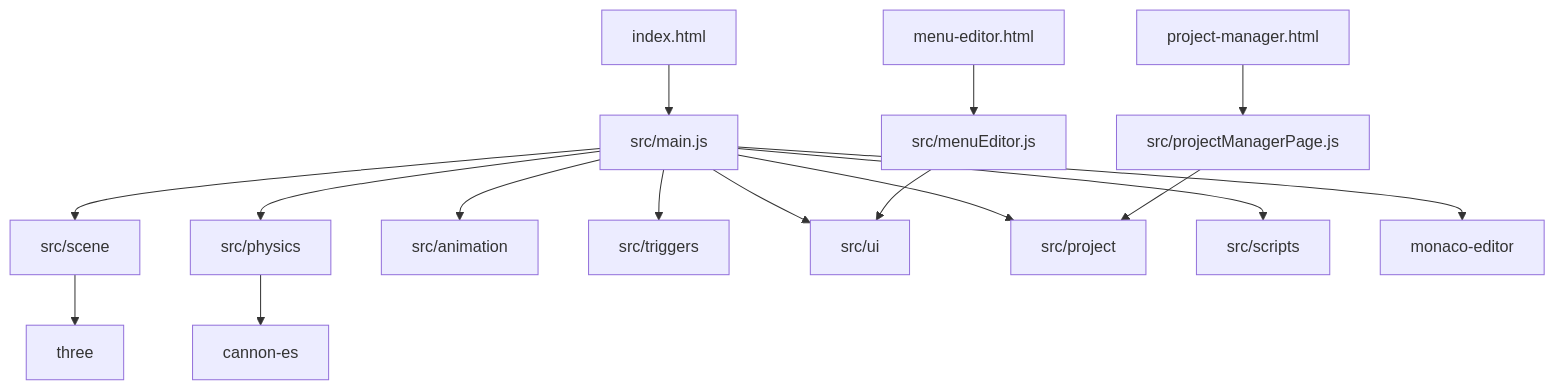
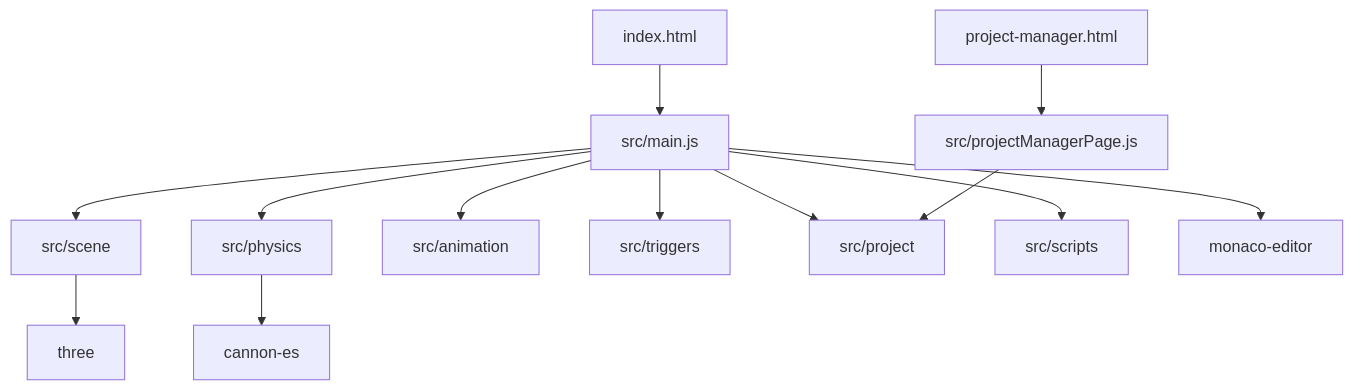
Before and after one commit to XalebXEn99/3ditorJS: the second of 5 diagrams in docs/ARCHITECTURE.md, drawn with Mermaid. The commit also changed other lines of this file and 19 other files, not shown here.

````diff
--- a/docs/ARCHITECTURE.md
+++ b/docs/ARCHITECTURE.md
@@ -52,18 +51,15 @@
 ```mermaid
 flowchart TB
   Pages[index.html] --> Main[src/main.js]
-  Menu[menu-editor.html] --> MenuRuntime[src/menuEditor.js]
   ProjectPage[project-manager.html] --> ProjectRuntime[src/projectManagerPage.js]
   Main --> Scene[src/scene]
   Main --> Physics[src/physics]
   Main --> Animation[src/animation]
   Main --> Triggers[src/triggers]
-  Main --> UI[src/ui]
   Main --> Project[src/project]
   Main --> Scripts[src/scripts]
   Scene --> Three[three]
   Physics --> Cannon[cannon-es]
   Main --> Monaco[monaco-editor]
-  MenuRuntime --> UI
   ProjectRuntime --> Project
 ```
````
